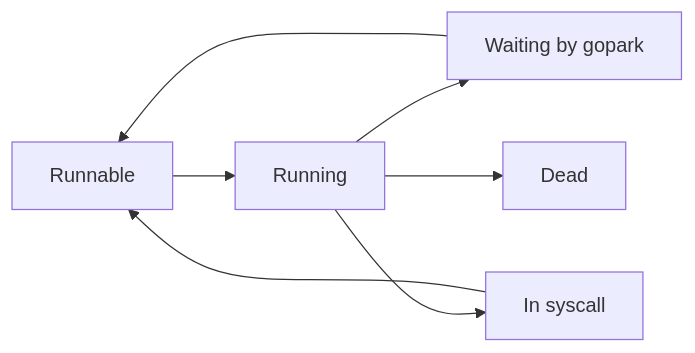
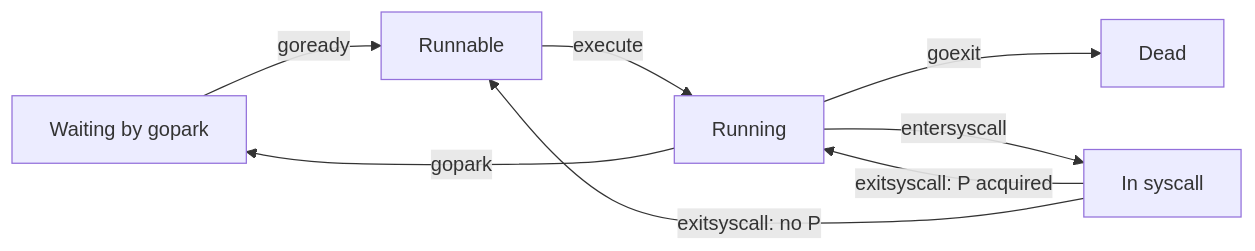
Before and after one commit to nvkhuy/nvkhuy.github.io: the fifth of 6 diagrams in src/content/blog/2026-06-14-understanding-go-scheduler-gmp.md, drawn with Mermaid. The commit also changed other lines of this file, not shown here.

````diff
--- a/src/content/blog/2026-06-14-understanding-go-scheduler-gmp.md
+++ b/src/content/blog/2026-06-14-understanding-go-scheduler-gmp.md
@@ -221,15 +221,12 @@
 ```mermaid
 flowchart LR
-    Runnable[Runnable]
-    Running[Running]
-    Waiting[Waiting by gopark]
-    Syscall[In syscall]
-    Dead[Dead]
+    Waiting[Waiting by gopark] -->|goready| Runnable[Runnable]
+    Runnable -->|execute| Running[Running]
+    Running -->|goexit| Dead[Dead]
 
-    Runnable --> Running
-    Running --> Waiting
-    Waiting --> Runnable
-    Running --> Syscall
-    Syscall --> Runnable
-    Running --> Dead
+    Running -->|gopark| Waiting
+
+    Running -->|entersyscall| Syscall[In syscall]
+    Syscall -->|exitsyscall: P acquired| Running
+    Syscall -->|exitsyscall: no P| Runnable
 ```
````
